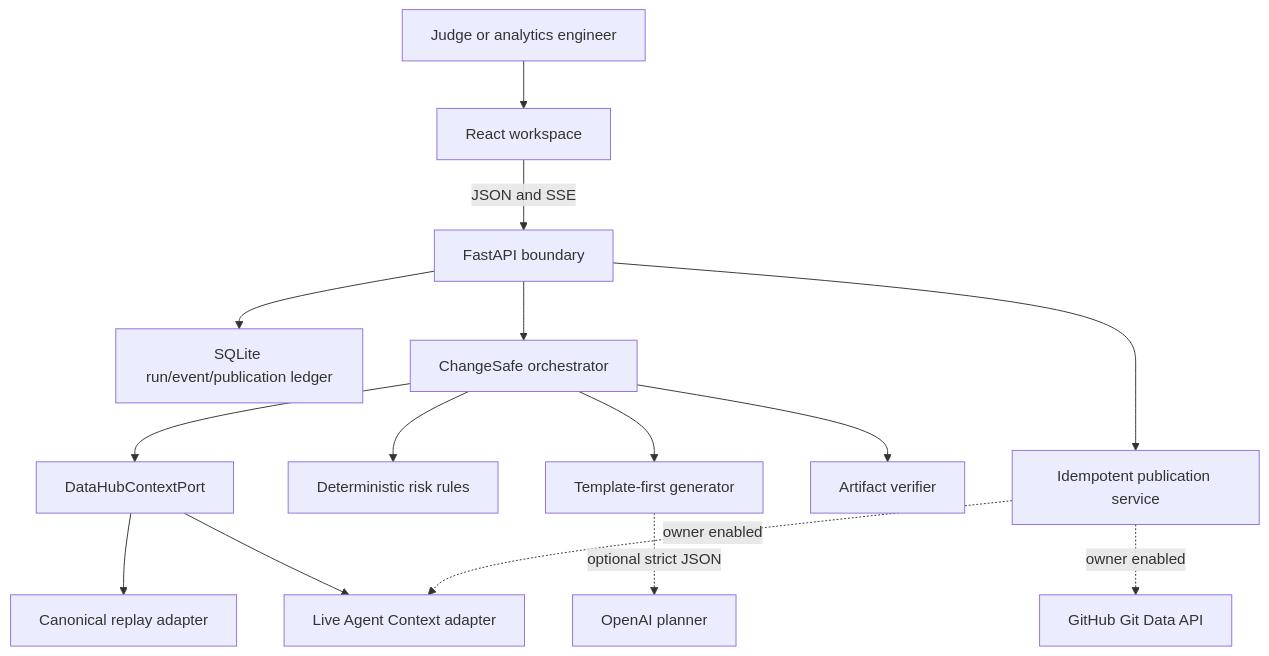
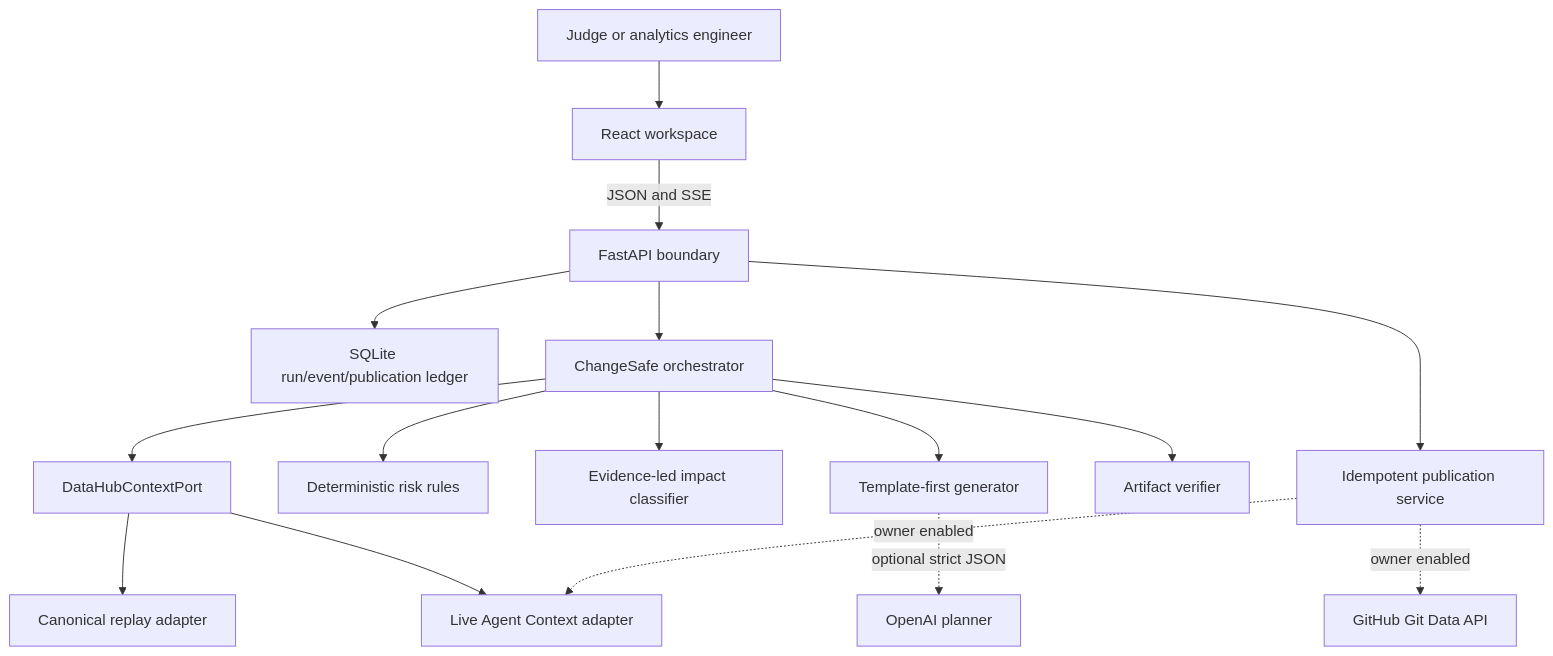
One commit to marker2601/changesafe changed the first of 3 diagrams in docs/architecture.md. Above: the diagram before and after it, drawn with Mermaid. The commit also changed other lines of this file and 29 other files, not shown here.

````diff
--- a/docs/architecture.md
+++ b/docs/architecture.md
@@ -7,17 +7,18 @@
 ```mermaid
 flowchart TD
     U["Judge or analytics engineer"] --> W["React workspace"]
     W -->|"JSON and SSE"| API["FastAPI boundary"]
     API --> STORE["SQLite run/event/publication ledger"]
     API --> ORCH["ChangeSafe orchestrator"]
     ORCH --> PORT["DataHubContextPort"]
     PORT --> SNAP["Canonical replay adapter"]
     PORT --> LIVE["Live Agent Context adapter"]
     ORCH --> RISK["Deterministic risk rules"]
+    ORCH --> IMPACT["Evidence-led impact classifier"]
     ORCH --> GEN["Template-first generator"]
     GEN -.->|"optional strict JSON"| OPENAI["OpenAI planner"]
     ORCH --> VERIFY["Artifact verifier"]
     API --> PUB["Idempotent publication service"]
     PUB -.->|"owner enabled"| GH["GitHub Git Data API"]
     PUB -.->|"owner enabled"| LIVE
 ```
````
